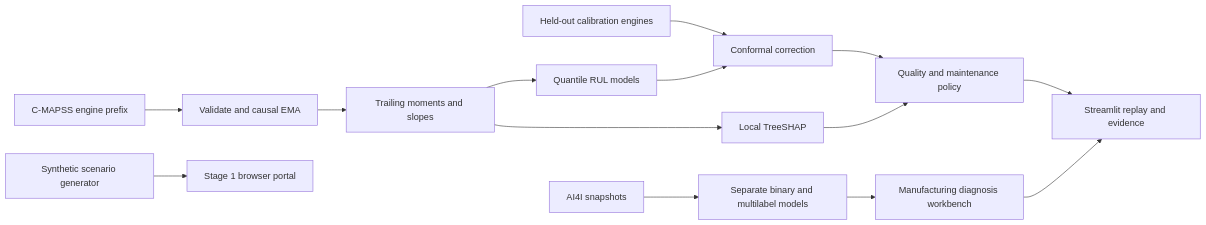
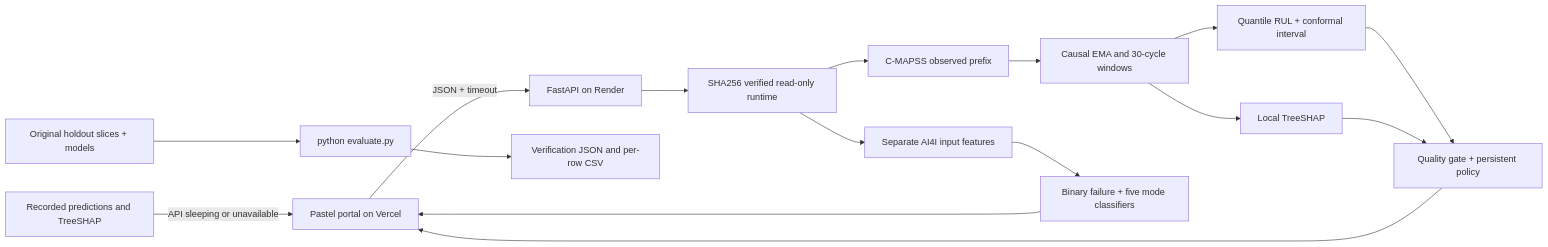
The diagram in README.md (likhithayepalagunta-19/TimeGuardAI), drawn with Mermaid before and after one commit. The commit also changed other lines of this file and 39 other files, not shown here.

Commit message:
Add verified ML API, real-model portal, evaluator and deployment bundles

````diff
--- a/README.md
+++ b/README.md
@@ -42,16 +62,18 @@
 ```mermaid
 flowchart LR
-  A[C-MAPSS engine prefix] --> B[Validate and causal EMA]
-  B --> C[Trailing moments and slopes]
-  C --> D[Quantile RUL models]
-  E[Held-out calibration engines] --> F[Conformal correction]
-  D --> F
-  C --> G[Local TreeSHAP]
-  F --> H[Quality and maintenance policy]
+  A[Pastel portal on Vercel] -->|JSON + timeout| B[FastAPI on Render]
+  B --> C[SHA256 verified read-only runtime]
+  C --> D[C-MAPSS observed prefix]
+  D --> E[Causal EMA and 30-cycle windows]
+  E --> F[Quantile RUL + conformal interval]
+  E --> G[Local TreeSHAP]
+  F --> H[Quality gate + persistent policy]
   G --> H
-  I[AI4I snapshots] --> J[Separate binary and multilabel models]
-  J --> K[Manufacturing diagnosis workbench]
-  H --> L[Streamlit replay and evidence]
-  K --> L
-  M[Synthetic scenario generator] --> N[Stage 1 browser portal]
+  H --> A
+  C --> I[Separate AI4I input features]
+  I --> J[Binary failure + five mode classifiers]
+  J --> A
+  K[Recorded predictions and TreeSHAP] -->|API sleeping or unavailable| A
+  L[Original holdout slices + models] --> M[python evaluate.py]
+  M --> N[Verification JSON and per-row CSV]
 ```
````
